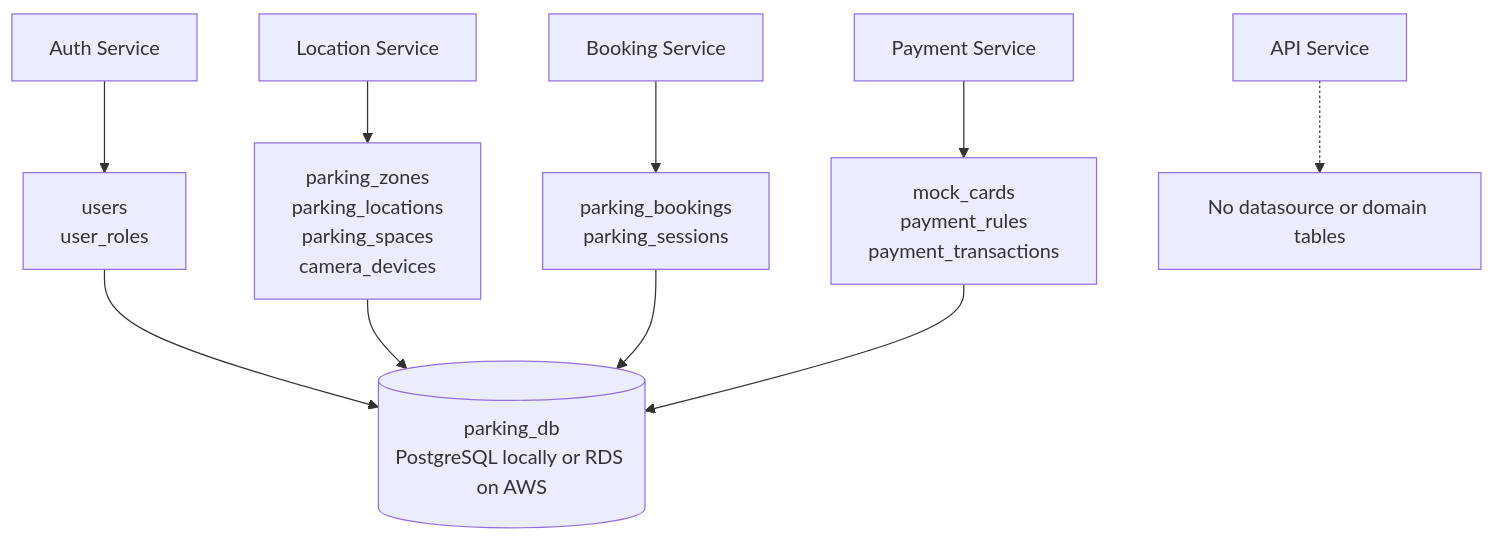
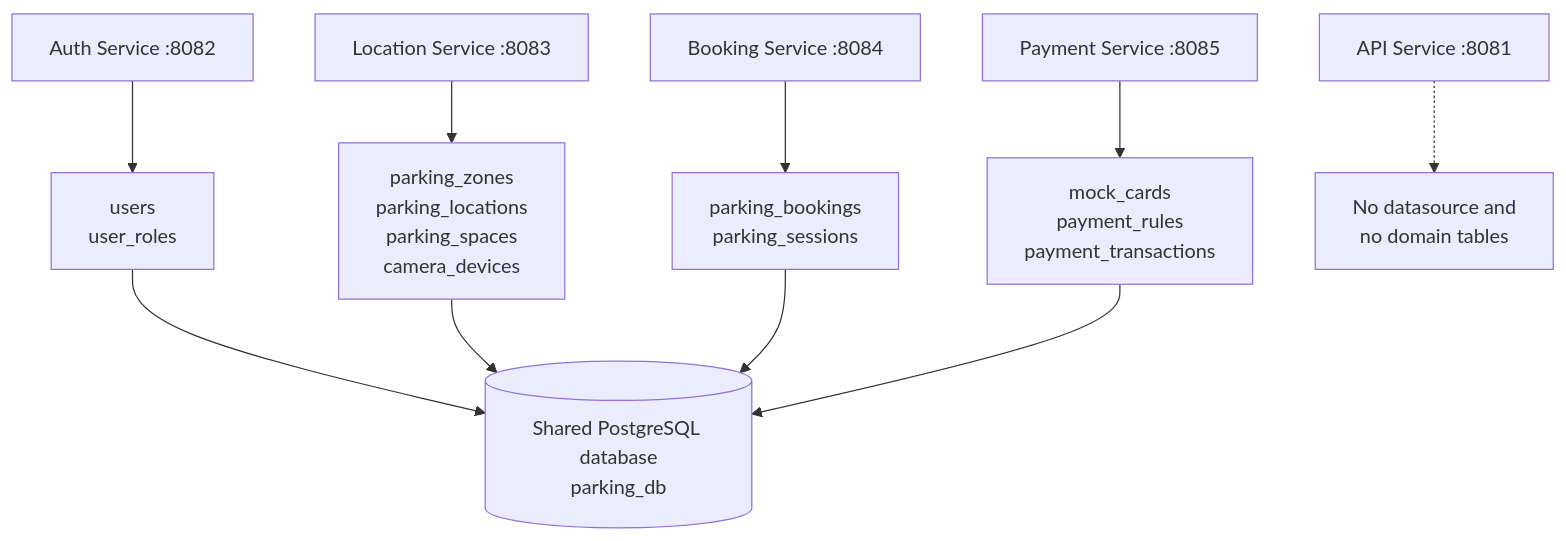
The fifth of 11 diagrams in Parking_Microservices_Architecture.md (sangeethadhatrika510-svg/test-parking-api-testing), drawn with Mermaid before and after one commit. The commit also changed other lines of this file, not shown here.

First line of the commit message:
Update Parking_Microservices_Architecture.md

````diff
--- a/Parking_Microservices_Architecture.md
+++ b/Parking_Microservices_Architecture.md
@@ -126,16 +123,14 @@
 ```mermaid
 flowchart TB
-    DB[("parking_db<br/>PostgreSQL locally or RDS on AWS")]
+    Auth["Auth Service :8082"] --> AuthTables["users<br/>user_roles"]
+    Location["Location Service :8083"] --> LocationTables["parking_zones<br/>parking_locations<br/>parking_spaces<br/>camera_devices"]
+    Booking["Booking Service :8084"] --> BookingTables["parking_bookings<br/>parking_sessions"]
+    Payment["Payment Service :8085"] --> PaymentTables["mock_cards<br/>payment_rules<br/>payment_transactions"]
 
-    Auth["Auth Service"] --> AuthTables["users<br/>user_roles"]
-    Location["Location Service"] --> LocationTables["parking_zones<br/>parking_locations<br/>parking_spaces<br/>camera_devices"]
-    Booking["Booking Service"] --> BookingTables["parking_bookings<br/>parking_sessions"]
-    Payment["Payment Service"] --> PaymentTables["mock_cards<br/>payment_rules<br/>payment_transactions"]
-
-    AuthTables --> DB
+    AuthTables --> DB[("Shared PostgreSQL database<br/>parking_db")]
     LocationTables --> DB
     BookingTables --> DB
     PaymentTables --> DB
 
-    API["API Service"] -.-> NoDB["No datasource or domain tables"]
+    API["API Service :8081"] -.-> NoTables["No datasource and<br/>no domain tables"]
 ```
````
